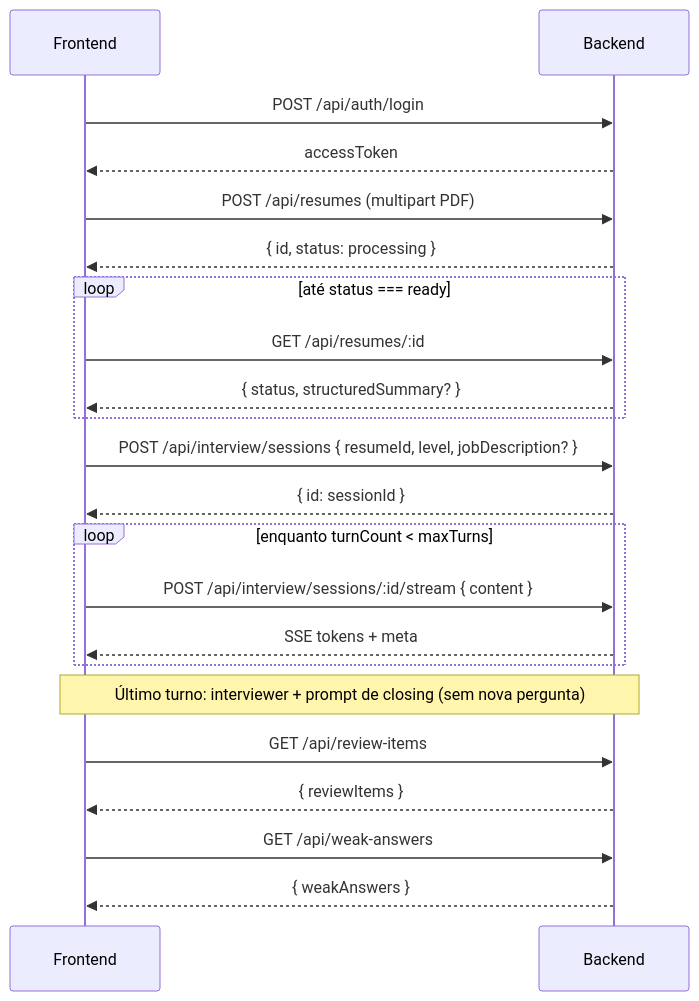
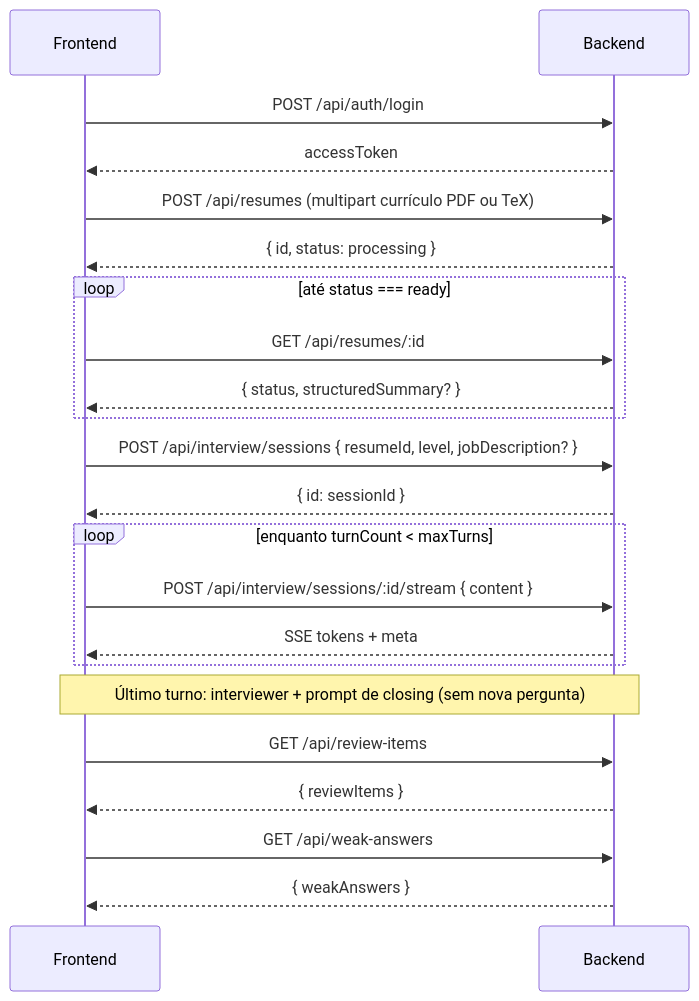
Before and after one commit to BorderlessCodingHub/HB01-2026-ai-mock-interview: the first of 3 diagrams in backend/docs/frontend-mock-interview-api.md, drawn with Mermaid. The commit also changed other lines of this file and 3 other files, not shown here.

````diff
--- a/backend/docs/frontend-mock-interview-api.md
+++ b/backend/docs/frontend-mock-interview-api.md
@@ -34,30 +34,30 @@
 ```mermaid
 sequenceDiagram
   participant UI as Frontend
   participant API as Backend
 
   UI->>API: POST /api/auth/login
   API-->>UI: accessToken
 
-  UI->>API: POST /api/resumes (multipart PDF)
+  UI->>API: POST /api/resumes (multipart currículo PDF ou TeX)
   API-->>UI: { id, status: processing }
 
   loop até status === ready
     UI->>API: GET /api/resumes/:id
     API-->>UI: { status, structuredSummary? }
   end
 
   UI->>API: POST /api/interview/sessions { resumeId, level, jobDescription? }
   API-->>UI: { id: sessionId }
 
   loop enquanto turnCount < maxTurns
     UI->>API: POST /api/interview/sessions/:id/stream { content }
     API-->>UI: SSE tokens + meta
   end
 
   Note over UI,API: Último turno: interviewer + prompt de closing (sem nova pergunta)
   UI->>API: GET /api/review-items
   API-->>UI: { reviewItems }
   UI->>API: GET /api/weak-answers
   API-->>UI: { weakAnswers }
 ```
````
